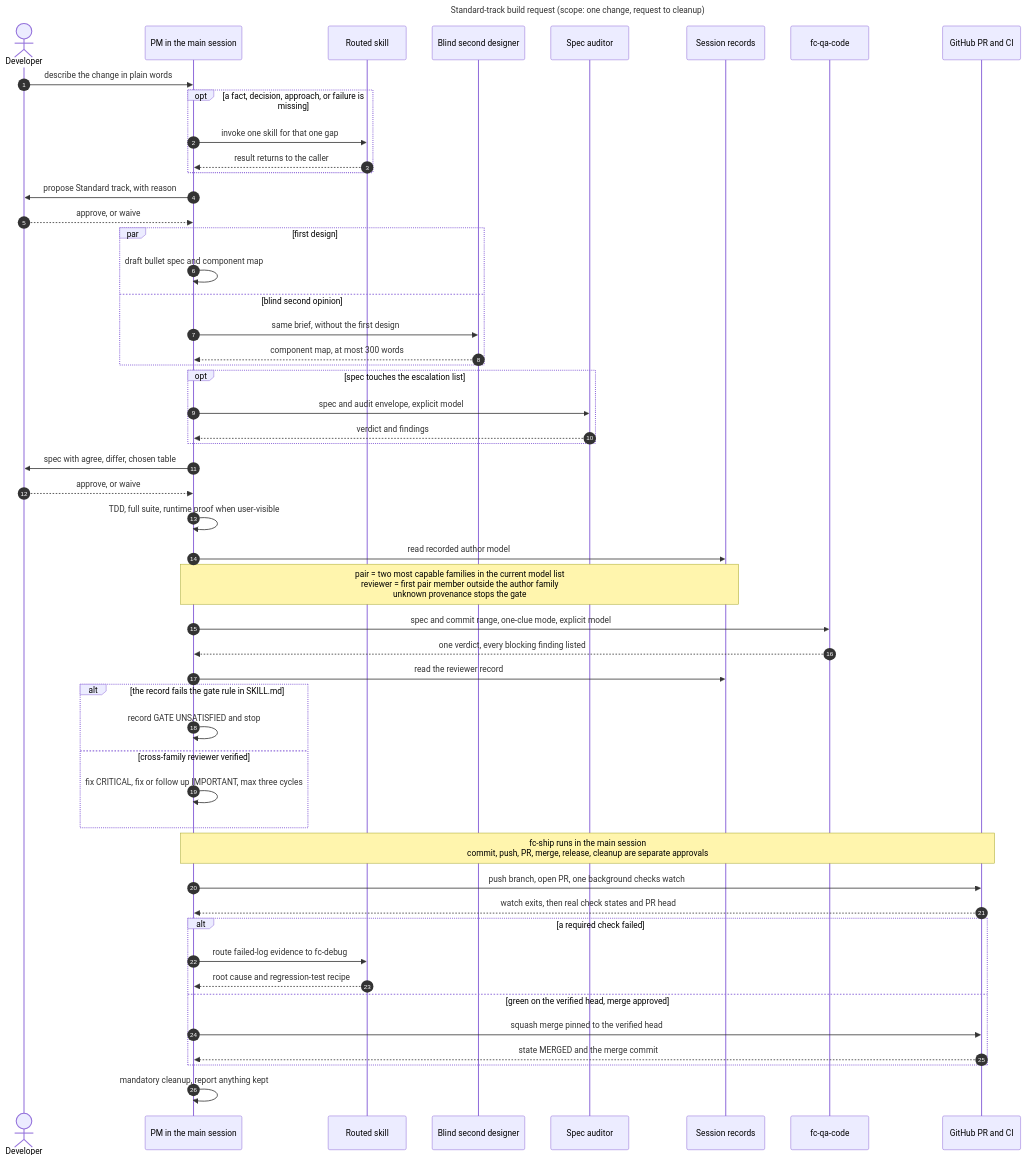
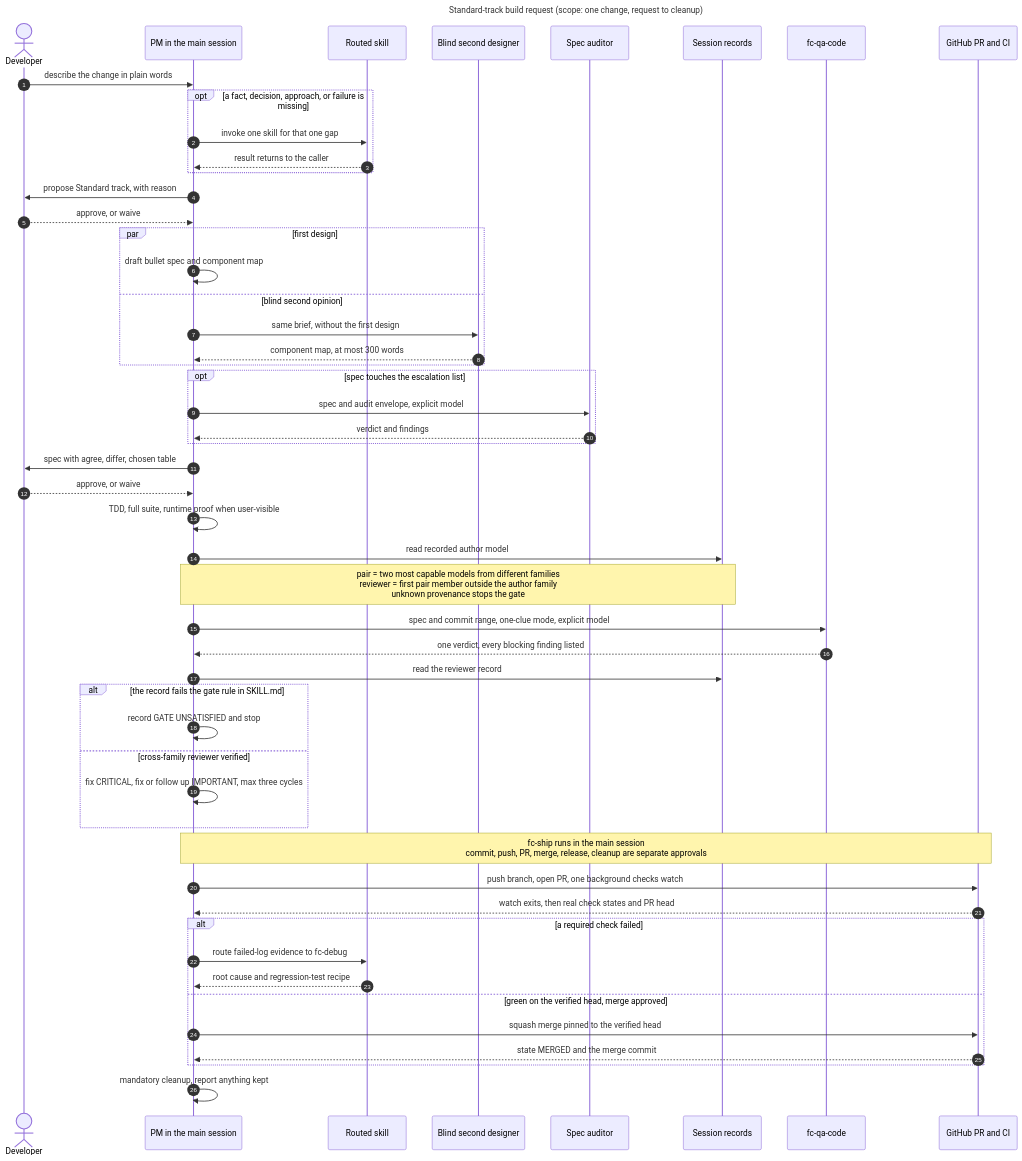
One commit to D0n9X1n/feature-crew changed the second of 2 diagrams in wiki/Architecture.md. Above: the diagram before and after it, drawn with Mermaid. The commit also changed 5 other files, not shown here.

First line of the commit message:
fix: let the agent choose the two most capable models from different families (#58)

````diff
--- a/wiki/Architecture.md
+++ b/wiki/Architecture.md
@@ -73,56 +73,56 @@
 ```mermaid
 ---
 title: "Standard-track build request (scope: one change, request to cleanup)"
 ---
 sequenceDiagram
     autonumber
     actor Dev as Developer
     participant PM as PM in the main session
     participant Sub as Routed skill
     participant SD as Blind second designer
     participant Aud as Spec auditor
     participant Rec as Session records
     participant QA as fc-qa-code
     participant GH as GitHub PR and CI
     Dev->>PM: describe the change in plain words
     opt a fact, decision, approach, or failure is missing
         PM->>Sub: invoke one skill for that one gap
         Sub-->>PM: result returns to the caller
     end
     PM->>Dev: propose Standard track, with reason
     Dev-->>PM: approve, or waive
     par first design
         PM->>PM: draft bullet spec and component map
     and blind second opinion
         PM->>SD: same brief, without the first design
         SD-->>PM: component map, at most 300 words
     end
     opt spec touches the escalation list
         PM->>Aud: spec and audit envelope, explicit model
         Aud-->>PM: verdict and findings
     end
     PM->>Dev: spec with agree, differ, chosen table
     Dev-->>PM: approve, or waive
     PM->>PM: TDD, full suite, runtime proof when user-visible
     PM->>Rec: read recorded author model
-    Note over PM,Rec: pair = two most capable families in the current model list<br/>reviewer = first pair member outside the author family<br/>unknown provenance stops the gate
+    Note over PM,Rec: pair = two most capable models from different families<br/>reviewer = first pair member outside the author family<br/>unknown provenance stops the gate
     PM->>QA: spec and commit range, one-clue mode, explicit model
     QA-->>PM: one verdict, every blocking finding listed
     PM->>Rec: read the reviewer record
     alt the record fails the gate rule in SKILL.md
         PM->>PM: record GATE UNSATISFIED and stop
     else cross-family reviewer verified
         PM->>PM: fix CRITICAL, fix or follow up IMPORTANT, max three cycles
     end
     Note over PM,GH: fc-ship runs in the main session<br/>commit, push, PR, merge, release, cleanup are separate approvals
     PM->>GH: push branch, open PR, one background checks watch
     GH-->>PM: watch exits, then real check states and PR head
     alt a required check failed
         PM->>Sub: route failed-log evidence to fc-debug
         Sub-->>PM: root cause and regression-test recipe
     else green on the verified head, merge approved
         PM->>GH: squash merge pinned to the verified head
         GH-->>PM: state MERGED and the merge commit
     end
     PM->>PM: mandatory cleanup, report anything kept
 ```
````
